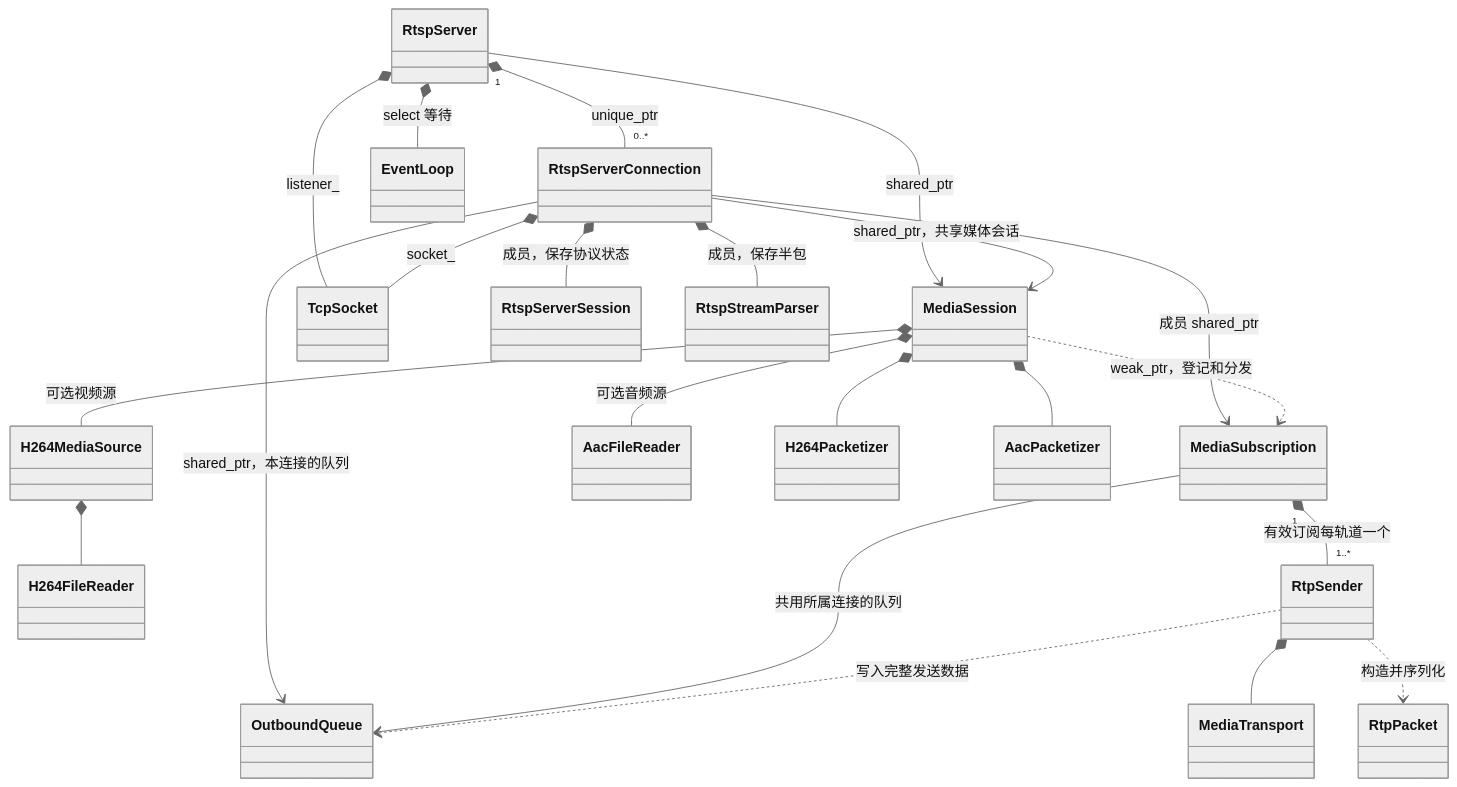
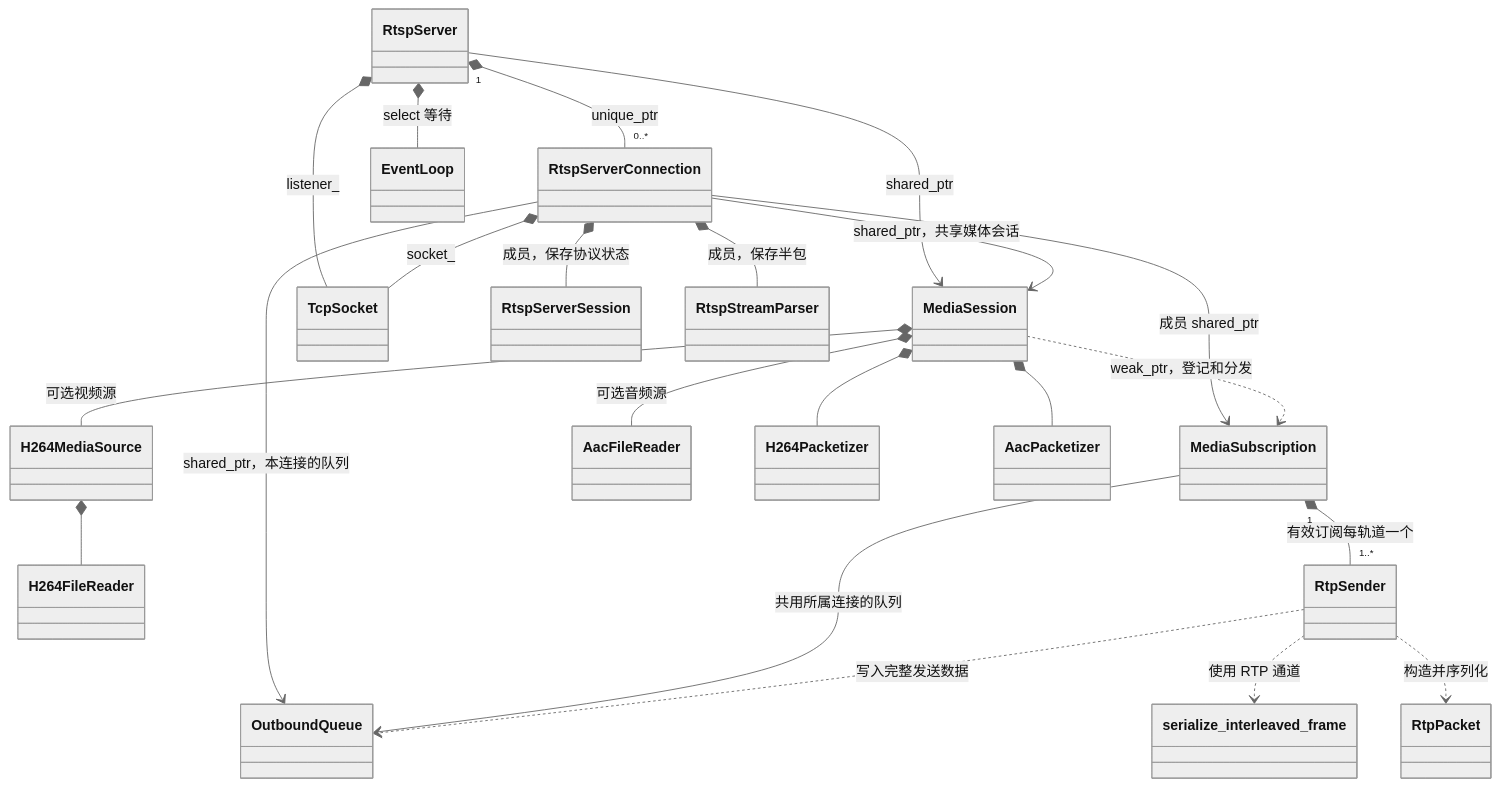
One commit to 18828644614/rtsp_cpp changed the first of 4 diagrams in 项目类职责与关系.md. Above: the diagram before and after it, drawn with Mermaid (neutral theme). The commit also changed other lines of this file and 20 other files, not shown here.

Commit message:
移除 MediaTransport 类及两个文件，RTP/RTCP 直接按协商通道编码交织帧。 媒体 AU 使用输出参数和常量引用，封包结果按值返回；待发负载改为 optional，通过常量引用同步分发，保持每帧只封包一次。

````diff
--- a/项目类职责与关系.md
+++ b/项目类职责与关系.md
@@ -30,27 +30,27 @@
 ```mermaid
 classDiagram
     RtspServer "1" *-- "0..*" RtspServerConnection : unique_ptr
     RtspServer --> MediaSession : shared_ptr
     RtspServer *-- TcpSocket : listener_
     RtspServer *-- EventLoop : select 等待
 
     RtspServerConnection --> MediaSession : shared_ptr，共享媒体会话
     RtspServerConnection *-- TcpSocket : socket_
     RtspServerConnection --> OutboundQueue : shared_ptr，本连接的队列
     RtspServerConnection *-- RtspServerSession : 成员，保存协议状态
     RtspServerConnection *-- RtspStreamParser : 成员，保存半包
     RtspServerConnection --> MediaSubscription : 成员 shared_ptr
 
     MediaSession ..> MediaSubscription : weak_ptr，登记和分发
     MediaSession *-- H264MediaSource : 可选视频源
     MediaSession *-- AacFileReader : 可选音频源
     MediaSession *-- H264Packetizer
     MediaSession *-- AacPacketizer
     H264MediaSource *-- H264FileReader
 
     MediaSubscription --> OutboundQueue : 共用所属连接的队列
     MediaSubscription "1" *-- "1..*" RtpSender : 有效订阅每轨道一个
-    RtpSender *-- MediaTransport
+    RtpSender ..> serialize_interleaved_frame : 使用 RTP 通道
     RtpSender ..> RtpPacket : 构造并序列化
     RtpSender ..> OutboundQueue : 写入完整发送数据
 ```
````
